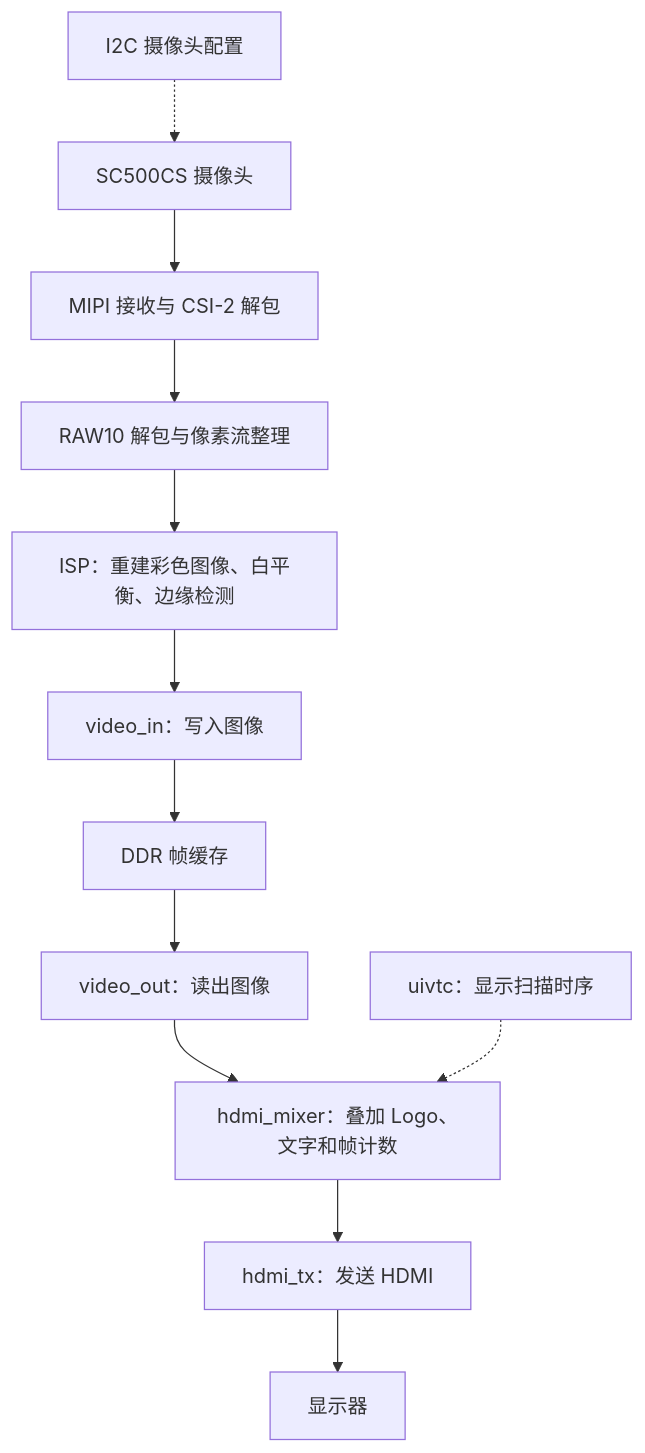
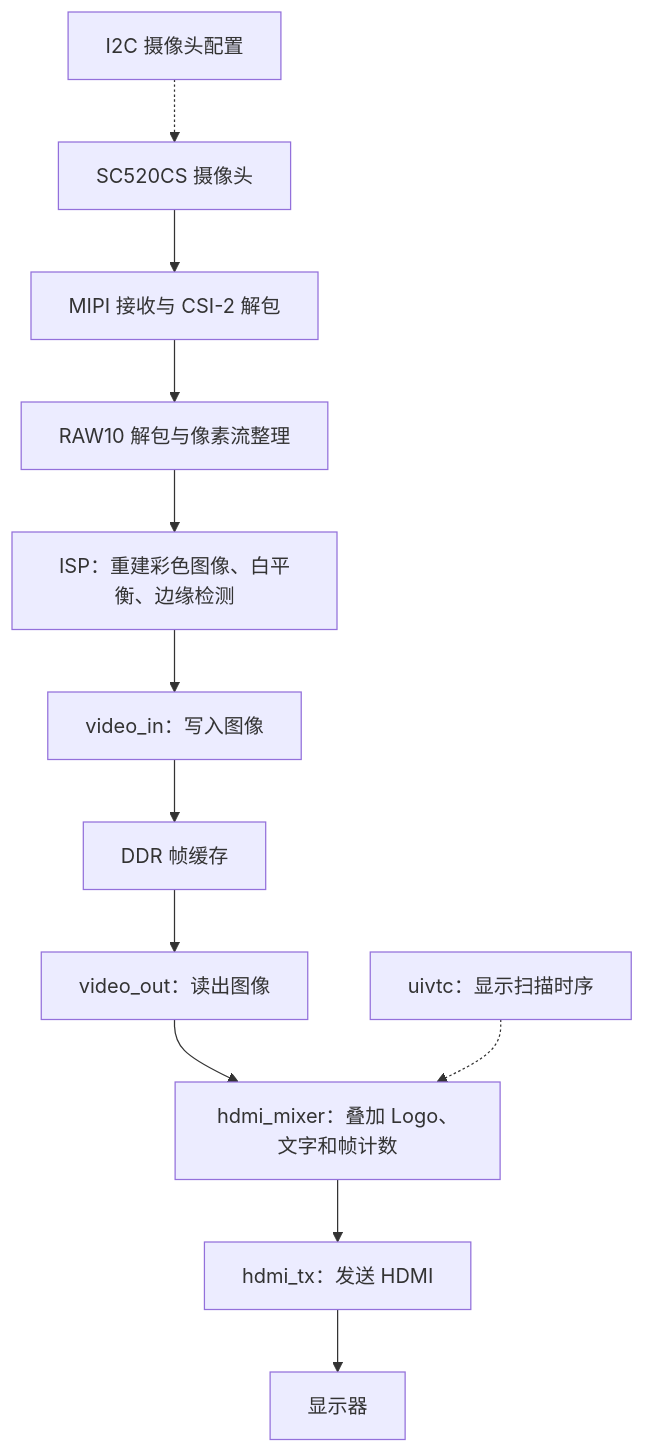
The diagram in CODE_MAP.md (zhixiabei/FPGA-competition), drawn with Mermaid before and after one commit. The commit also changed other lines of this file and 27 other files, not shown here.

````diff
--- a/CODE_MAP.md
+++ b/CODE_MAP.md
@@ -11,14 +11,14 @@
 ```mermaid
 flowchart TD
-    CAM[SC500CS 摄像头] --> RX[MIPI 接收与 CSI-2 解包]
+    CAM[SC520CS 摄像头] --> RX[MIPI 接收与 CSI-2 解包]
     RX --> RAW[RAW10 解包与像素流整理]
     RAW --> ISP[ISP：重建彩色图像、白平衡、边缘检测]
     ISP --> VIN[video_in：写入图像]
     VIN --> MEM[DDR 帧缓存]
     MEM --> VOUT[video_out：读出图像]
     VOUT --> OSD[hdmi_mixer：叠加 Logo、文字和帧计数]
     OSD --> TX[hdmi_tx：发送 HDMI]
     TX --> MON[显示器]
     CFG[I2C 摄像头配置] -.-> CAM
     VTC[uivtc：显示扫描时序] -.-> OSD
 ```
````
